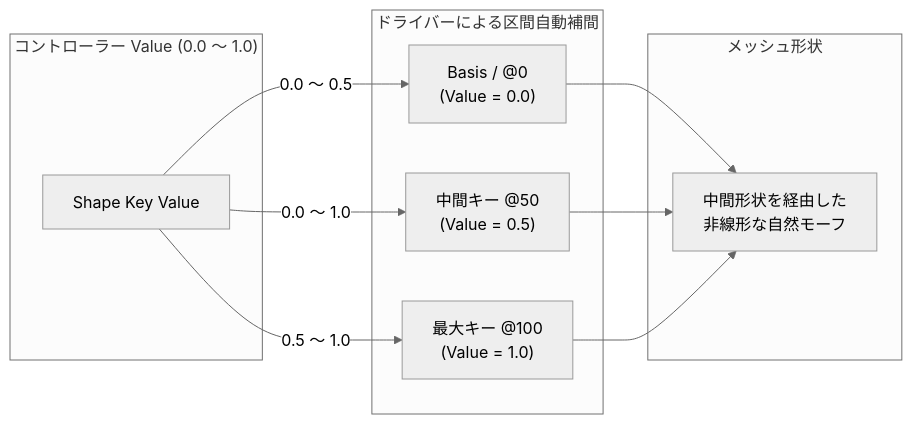
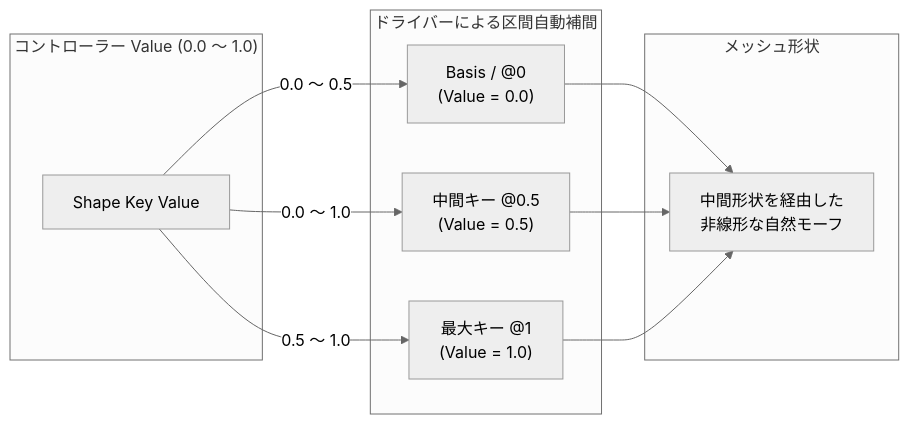
One commit to Mushus/blender-addons changed the diagram in site/src/content/docs/addons/in-between-shape-key.mdx. Above: the diagram before and after it, drawn with Mermaid (neutral theme). The commit also changed other lines of this file and 82 other files, not shown here.

````diff
--- a/site/src/content/docs/addons/in-between-shape-key.mdx
+++ b/site/src/content/docs/addons/in-between-shape-key.mdx
@@ -17,23 +17,23 @@
 ```mermaid
 flowchart LR
   subgraph Input["コントローラー Value (0.0 〜 1.0)"]
     V["Shape Key Value"]
   end
 
   subgraph Drivers["ドライバーによる区間自動補間"]
     T0["Basis / @0<br/>(Value = 0.0)"]
-    T50["中間キー @50<br/>(Value = 0.5)"]
-    T100["最大キー @100<br/>(Value = 1.0)"]
+    T50["中間キー @0.5<br/>(Value = 0.5)"]
+    T100["最大キー @1<br/>(Value = 1.0)"]
   end
 
   subgraph Output["メッシュ形状"]
     M["中間形状を経由した<br/>非線形な自然モーフ"]
   end
 
   V -->|0.0 〜 0.5| T0
   V -->|0.0 〜 1.0| T50
   V -->|0.5 〜 1.0| T100
   T0 --> M
   T50 --> M
   T100 --> M
 ```
````
